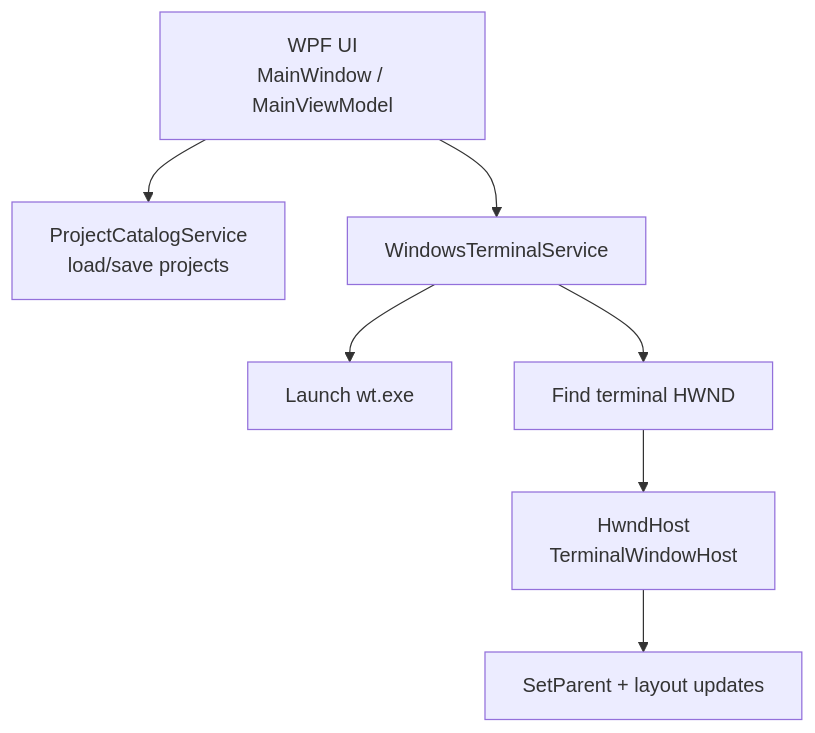
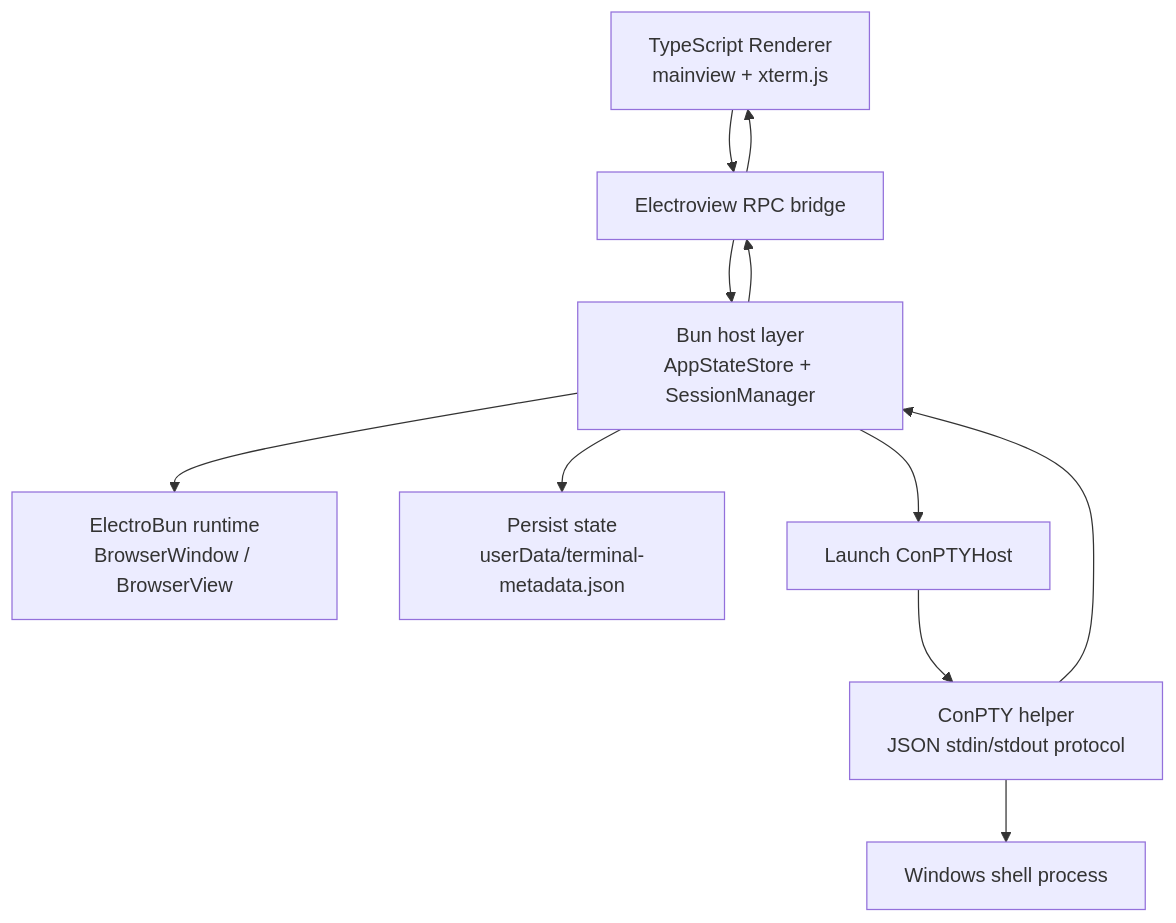
The second of 3 diagrams in docs/architecture/system-architecture.md (klinki/project-based-terminal-manager), drawn with Mermaid before and after one commit. The commit also changed other lines of this file, not shown here.

Commit message:
docs: Update architecture docs

````diff
--- a/docs/architecture/system-architecture.md
+++ b/docs/architecture/system-architecture.md
@@ -140,9 +131,13 @@
 ```mermaid
 flowchart TD
-    A["WPF UI\nMainWindow / MainViewModel"] --> B["ProjectCatalogService\nload/save projects"]
-    A --> C["WindowsTerminalService"]
-    C --> D["Launch wt.exe"]
-    C --> E["Find terminal HWND"]
-    E --> F["HwndHost\nTerminalWindowHost"]
-    F --> G["SetParent + layout updates"]
+    A["TypeScript Renderer\nmainview + xterm.js"] --> B["Electroview RPC bridge"]
+    B --> C["Bun host layer\nAppStateStore + SessionManager"]
+    C --> D["ElectroBun runtime\nBrowserWindow / BrowserView"]
+    C --> E["Persist state\nuserData/terminal-metadata.json"]
+    C --> F["Launch ConPTYHost"]
+    F --> G["ConPTY helper\nJSON stdin/stdout protocol"]
+    G --> H["Windows shell process"]
+    G --> C
+    C --> B
+    B --> A
 ```
````
